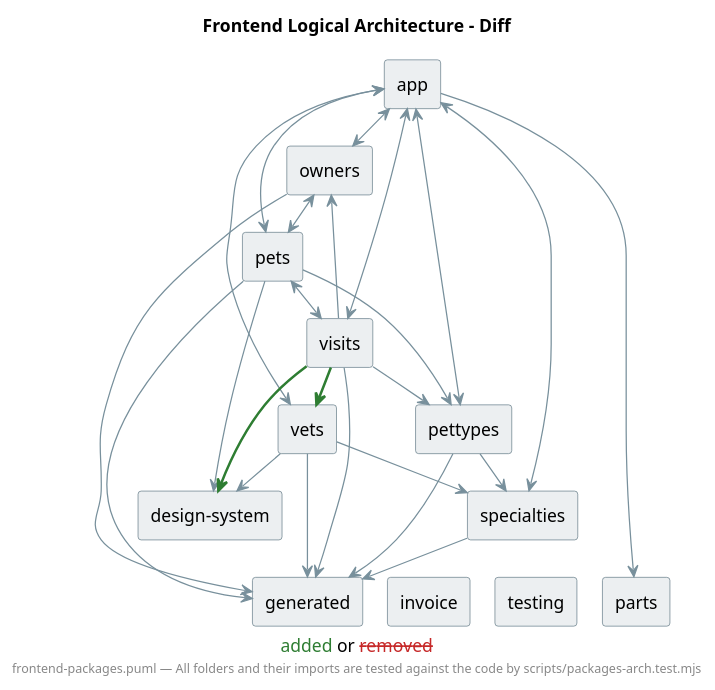
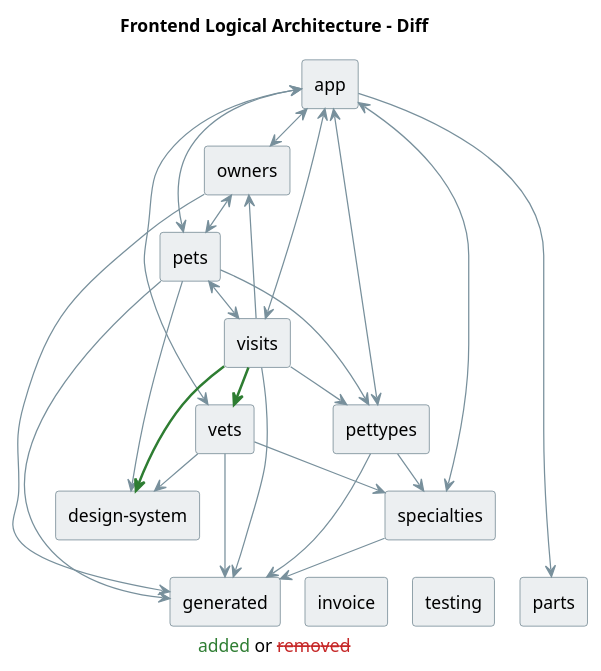
Before and after one commit to victorrentea/human-review: the diagram in demo/demo/assets/diagrams/petclinic-frontend_docs_frontend-packages.diff.puml, drawn with PlantUML. The commit also changed 58 other files, not shown here.

```diff
--- a/demo/demo/assets/diagrams/petclinic-frontend_docs_frontend-packages.diff.puml
+++ b/demo/demo/assets/diagrams/petclinic-frontend_docs_frontend-packages.diff.puml
@@ -1,68 +1,67 @@
 @startuml
 caption <color:#2E7D32>added</color> or <color:#C62828><s>removed</s></color>
 
 title Frontend Logical Architecture - Diff
-footer frontend-packages.puml — All folders and their imports are tested against the code by scripts/packages-arch.test.mjs
 skinparam shadowing false
 ' the review page themes this colour for dark mode (--dgm-link)
 skinparam hyperlinkColor #1A4FA0
 skinparam componentStyle rectangle
 skinparam nodesep 20
 ' the stereotype is the box's folder, relative to petclinic-frontend/, which the test and the
 ' review page read; it is hidden so the folder is not printed under its name.
 ' A file belongs to the box with the deepest folder containing it.
 ' Only production .ts counts (*.spec.ts is skipped, like ArchUnit's DoNotIncludeTests).
 ' testing/ keeps its box: its stubs are non-spec files, imported by specs alone.
 hide stereotype
 skinparam ranksep 30
 <style>
 component {
   BackGroundColor #ECEFF1
   LineColor #546E7A
 }
 arrow {
   LineColor #78909C
 }
 </style>
 [app] <<src/app>>
 [owners] <<src/app/owners>>
 [vets] <<src/app/vets>>
 [pets] <<src/app/pets>>
 [visits] <<src/app/visits>>
 [pettypes] <<src/app/pettypes>>
 [specialties] <<src/app/specialties>>
 [parts] <<src/app/parts>>
 [invoice] <<src/app/invoice>>
 [design-system] <<src/app/design-system>>
 [generated] <<src/app/generated>>
 [testing] <<src/app/testing>>
 
 [app] <--> [owners]
 [app] <--> [pets]
 [app] <--> [visits]
 [app] <--> [vets]
 [app] <--> [pettypes]
 [app] <--> [specialties]
 [app] --> [parts]
 [owners] <--> [pets]
 [pets] <--> [visits]
 [visits] --> [owners]
 [pets] --> [pettypes]
 [visits] --> [pettypes]
 [visits] -[#2E7D32,thickness=2]-> [vets]
 [pettypes] --> [specialties]
 [vets] --> [specialties]
 [pets] --> [design-system]
 [vets] --> [design-system]
 [visits] -[#2E7D32,thickness=2]-> [design-system]
 [owners] --> [generated]
 [pets] --> [generated]
 [visits] --> [generated]
 [pettypes] --> [generated]
 [specialties] --> [generated]
 [vets] --> [generated]
 [specialties] -[hidden]-> [parts]
 [specialties] -[hidden]-> [invoice]
 [specialties] -[hidden]-> [testing]
 
 @enduml
```
